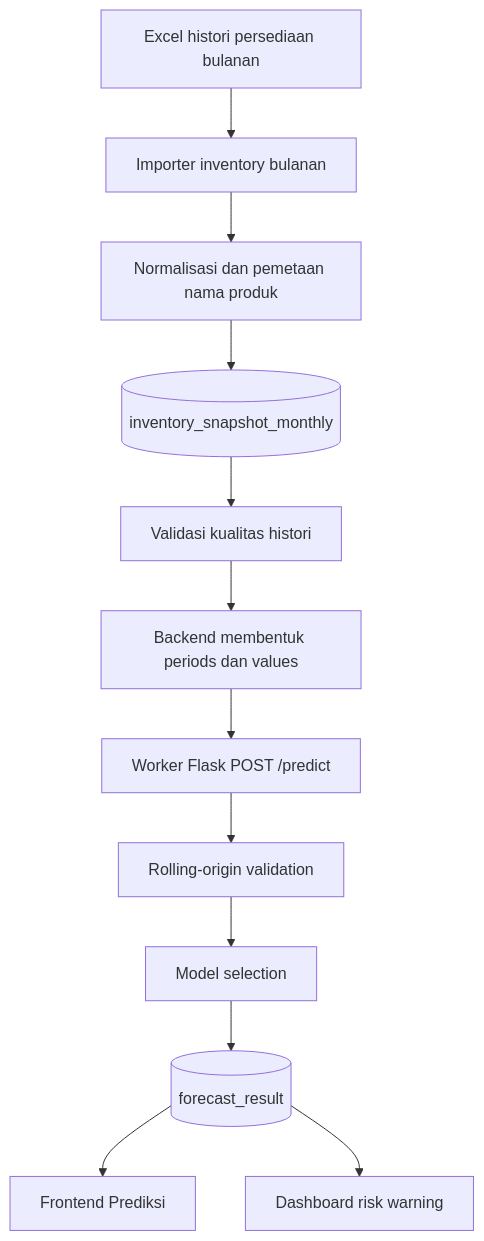
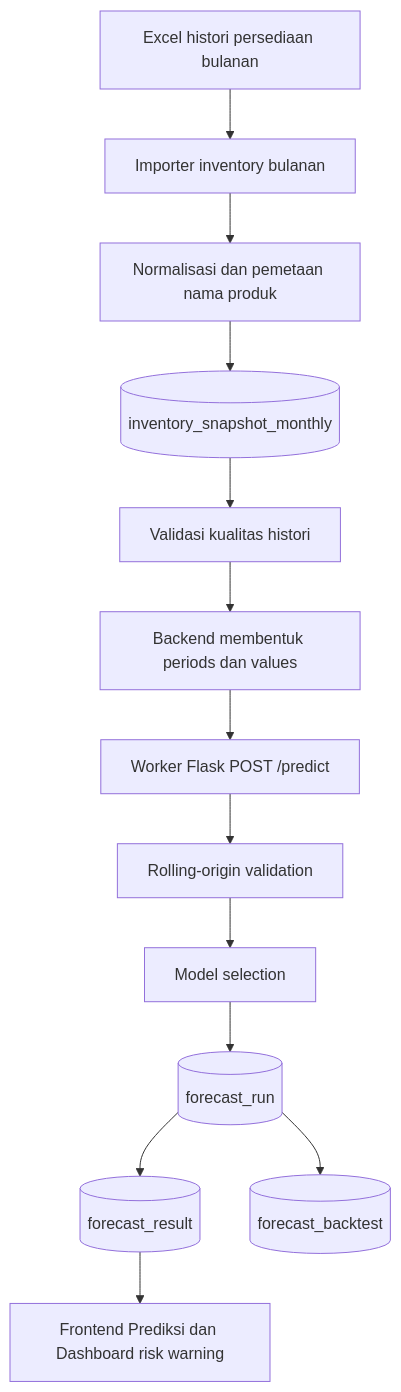
Before and after one commit to nicolauseuclides512/Kode_Program_SACIKA: the diagram in README.md, drawn with Mermaid. The commit also changed other lines of this file and 37 other files, not shown here.

````diff
--- a/README.md
+++ b/README.md
@@ -23,14 +32,15 @@
 ```mermaid
 flowchart TD
   A[Excel histori persediaan bulanan] --> B[Importer inventory bulanan]
   B --> C[Normalisasi dan pemetaan nama produk]
   C --> D[(inventory_snapshot_monthly)]
   D --> E[Validasi kualitas histori]
   E --> F[Backend membentuk periods dan values]
   F --> G[Worker Flask POST /predict]
   G --> H[Rolling-origin validation]
   H --> I[Model selection]
-  I --> J[(forecast_result)]
-  J --> K[Frontend Prediksi]
-  J --> L[Dashboard risk warning]
+  I --> J[(forecast_run)]
+  J --> K[(forecast_result)]
+  J --> M[(forecast_backtest)]
+  K --> L[Frontend Prediksi dan Dashboard risk warning]
 ```
````
